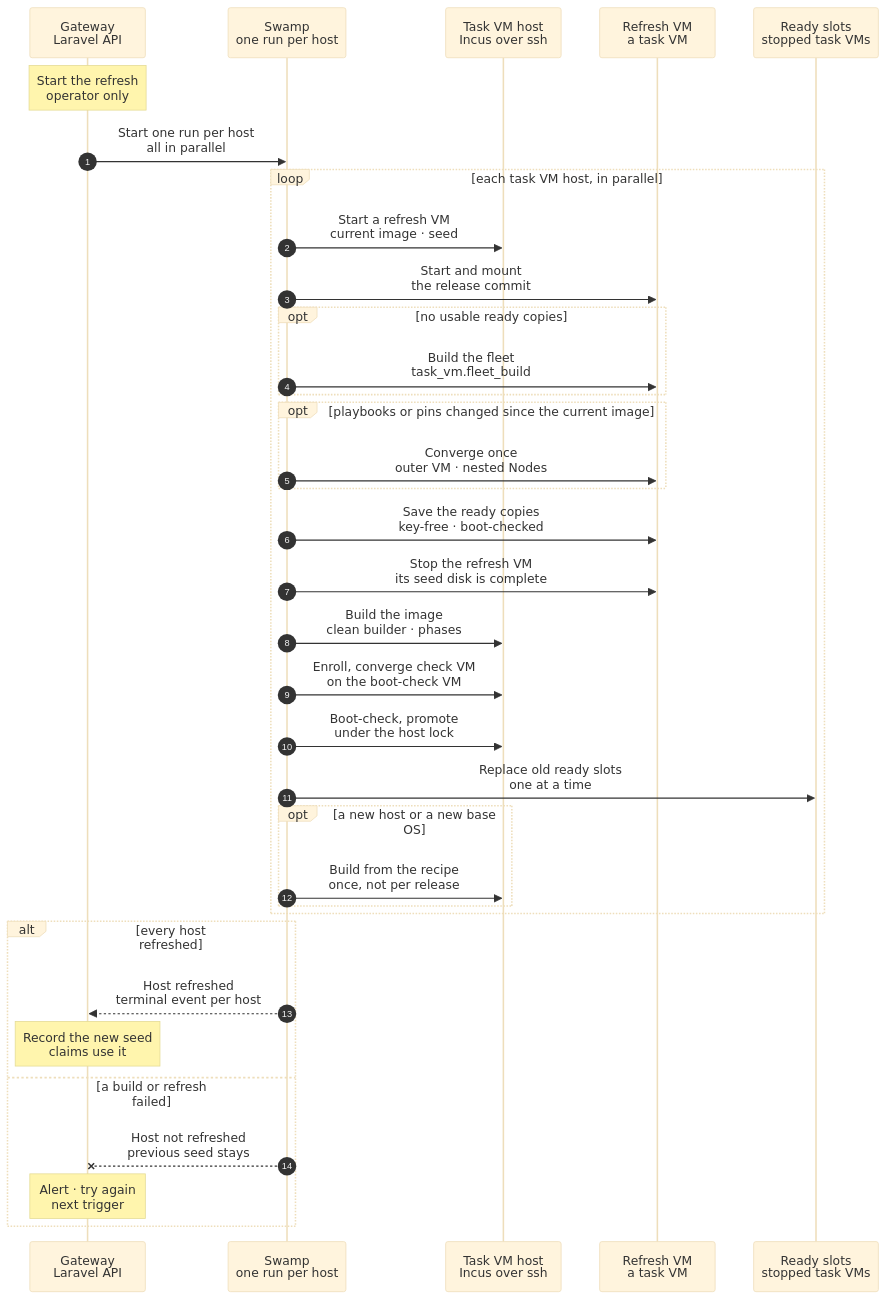
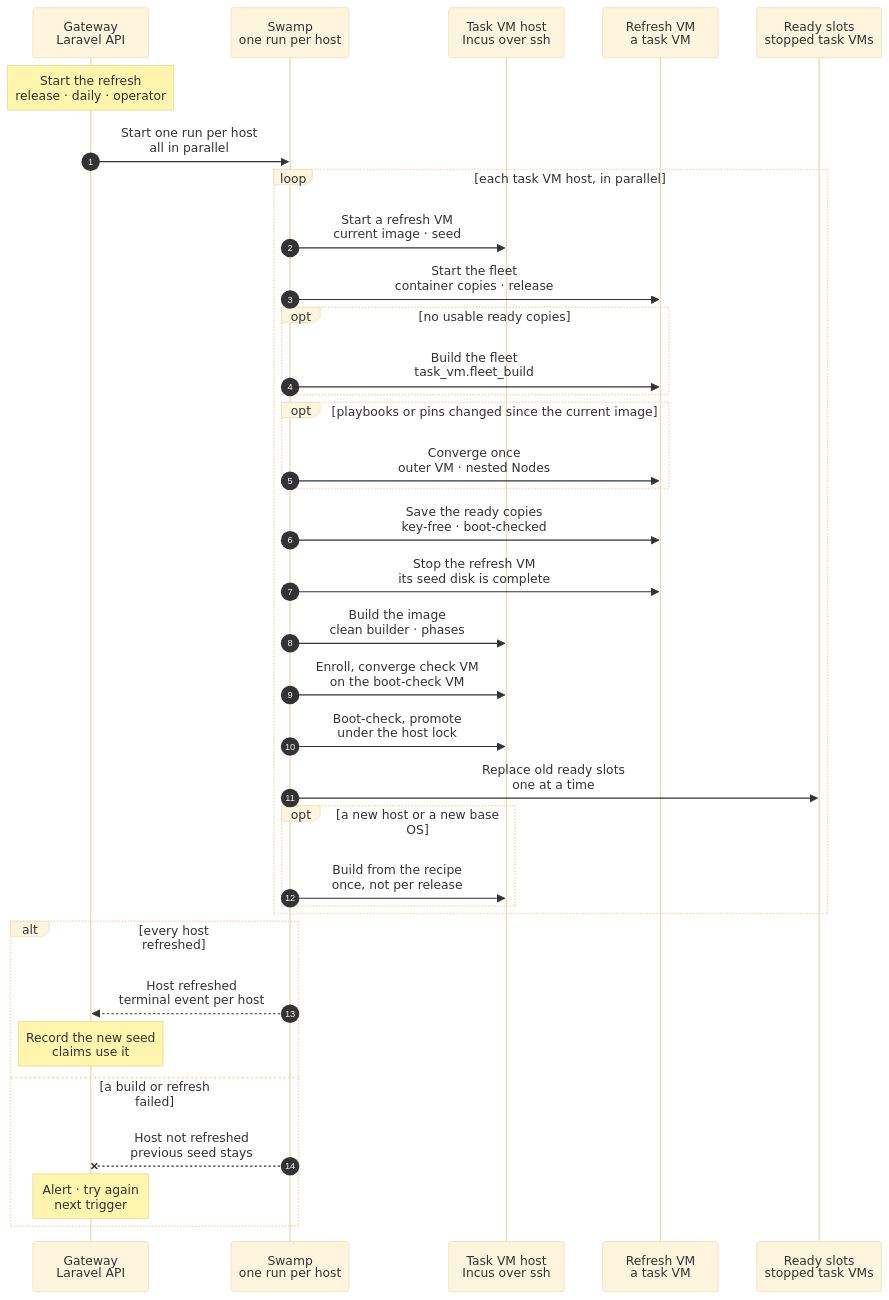
One commit to hardimpactdev/orbit changed the diagram in docs/reference/pipeline/6-task-image-seed-refresh.mmd. Above: the diagram before and after it, drawn with Mermaid (base theme). The commit also changed 4 other files, not shown here.

First line of the commit message:
Charts: the nested fleet becomes Incus system containers (#3045)

```diff
--- a/docs/reference/pipeline/6-task-image-seed-refresh.mmd
+++ b/docs/reference/pipeline/6-task-image-seed-refresh.mmd
@@ -14,9 +14,10 @@
   participant H as Task VM host<br/>Incus over ssh
   participant VM as Refresh VM<br/>a task VM
   participant SL as Ready slots<br/>stopped task VMs
-  Note over GW: Start the refresh<br/>operator only
+  Note over GW: Start the refresh<br/>release · daily · operator
   %%> Triggers:
-  %%> - Decided by the orchestrator, for Nick's review (2026-11-06): the release and daily triggers are removed. They rebuilt images and copies on the nested-VM path, which the container inner topology replaces; the container switch brings its own refresh trigger
+  %%> - Decided by the orchestrator, for Nick's review (2026-11-06), container inner topology: a release whose commit changed playbooks, pins or lock files starts the refresh of every host, and a daily Schedule starts it too; both only dispatch the admission below and replace the triggers #3037 removed with the nested-VM path
+  %%> - a code-only release needs no refresh: a fleet runs the checkout it is given
   %%> - an operator runs `php artisan task-vms:refresh-image HOST` or `task-vms:refresh-images`
   %%> - a host with a refresh open returns it; a host that refuses (an image build runs, no capacity) is skipped
   %%> Built (task_vm.image_refresh, workflow `operation-task-vm-image-refresh`):
@@ -29,7 +30,7 @@
   %%> - the Gateway has the release commit, GitHub App read access to the repository, and the proof Swamp Club key
   GW->>SW: Start one run per host<br/>all in parallel
   %%> Why:
-  %%> - hosts differ in CPU, and a copy between hosts loses the storage sharing inside the seed; so each host refreshes its own
+  %%> - each host refreshes its own image and seed, and builds its own fleet when it has none: copying them between hosts is not a supported flow, so it needs no continuous proof (Nick, 2026-11-06)
   %%> - a second admission for a host returns the open task
   loop each task VM host, in parallel
     SW->>H: Start a refresh VM<br/>current image · seed
@@ -41,10 +42,12 @@
     %%> Decided by the orchestrator, for Nick's review:
     %%> - the refresh VM is always a large task VM (12 GiB, 6 CPUs, 3 slots), because it holds the nested fleet (10 GiB of VMs) and builds it when the seed has no ready copies; the Gateway sets the size at the admission of the refresh, so no Project size list decides it (a group cannot declare a topology, so the size is passed to the placement, not declared); a medium VM (8 GiB) lost its nested Gateway to the out-of-memory killer in two runs on beast
     %%> - a refresh therefore needs 3 free slots of its host and is refused with `tasks.capacity_unavailable` otherwise; the operator tries again
-    SW->>VM: Start and mount<br/>the release commit
+    SW->>VM: Start the fleet<br/>container copies · release
     %%> What it does:
     %%> - checks out the release commit in the refresh VM, with `composer install` and `bun install` where a lock file changed
-    %%> - starts the nested fleet from the current ready copies, mounts that checkout over NFS and runs the apply step, as in stage 2
+    %%> - starts the nested fleet from the current ready copies with that checkout as their disk device, and runs the apply step (state binds, token re-mint, migrations, restarts), as in stage 2
+    %%> Decided by the orchestrator, for Nick's review (2026-11-06), container inner topology:
+    %%> - a release is boot, converge, save; nothing is built. Measured on shark (`ebe3e67` to `3046d25`): 3 min 6 s in all; start 4 s, apply about 30 s, `node:converge` 30-41 s per Node, save 17 s
     %%> Built: all of it is the child `task-nested-fleet` of `operation-task-provision` (the mount and apply, the readiness check with Doctor, and the `base` snapshot), so the refresh saves ready copies only from a fleet that passed its readiness check
     opt no usable ready copies
       SW->>VM: Build the fleet<br/>task_vm.fleet_build
```
